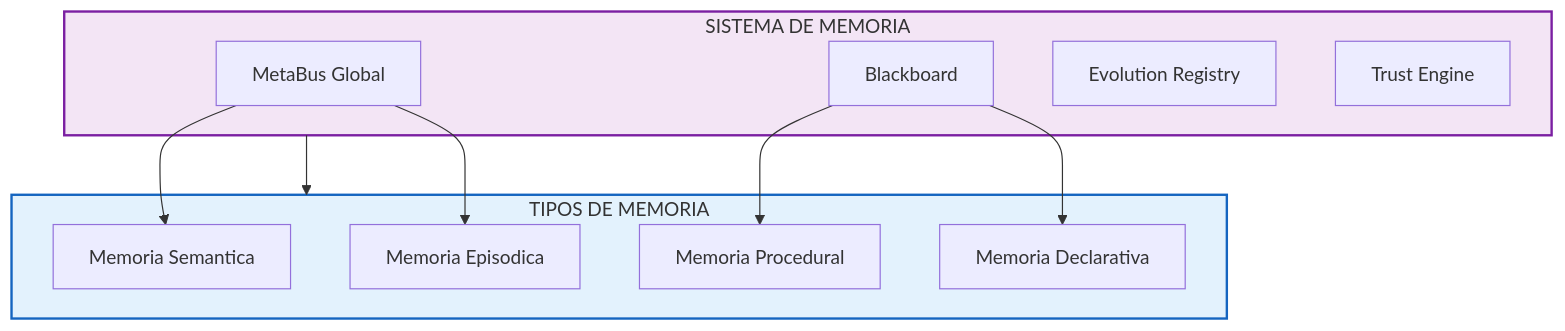
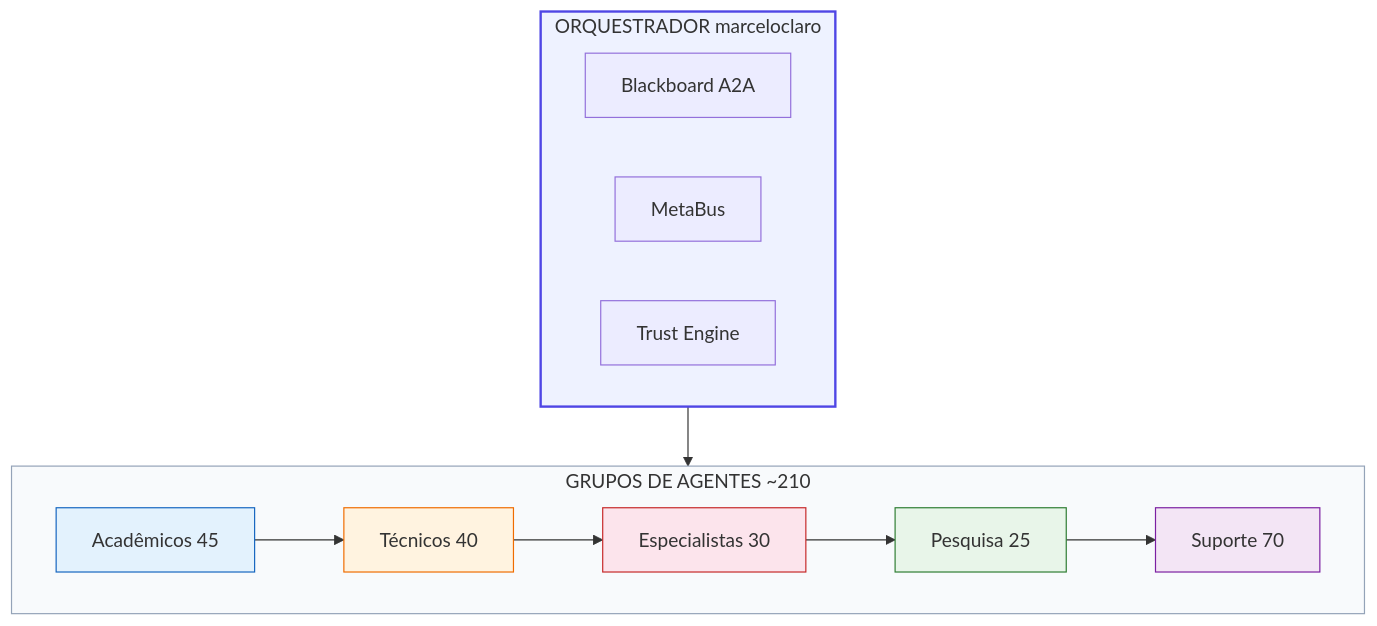
Before and after one commit to MarceloClaro/opencode-ecosystem-core: the first of 3 diagrams in README.md, drawn with Mermaid. The commit also changed other lines of this file, not shown here.

Commit message:
docs(readme): redesign profissional — vitrine com badges, TOC, camadas do ecossistema (agentes/MCP/skills/hooks/plugins), ciclo SDD/TDD+Reflexion, observabilidade /efficiency, segurança, instalação, documentação e licença (212→~450 linhas)

````diff
--- a/README.md
+++ b/README.md
@@ -754,25 +108,27 @@
 ```mermaid
 flowchart TB
-    subgraph MEM[SISTEMA DE MEMORIA]
-        MB2[MetaBus Global]
-        BB3[Blackboard]
-        EVO3[Evolution Registry]
-        TRUST2[Trust Engine]
+    subgraph ORCH[ORQUESTRADOR marceloclaro]
+        OR1[Blackboard A2A]
+        OR2[MetaBus]
+        OR3[Trust Engine]
     end
 
-    subgraph TIP[TIPOS DE MEMORIA]
-        SEM[Memoria Semantica]
-        EPI[Memoria Episodica]
-        PROC[Memoria Procedural]
-        DECL[Memoria Declarativa]
+    subgraph GROUPS[GRUPOS DE AGENTES ~210]
+        AC[Acadêmicos 45]
+        TE[Técnicos 40]
+        ES[Especialistas 30]
+        RS[Pesquisa 25]
+        SU[Suporte 70]
     end
 
-    MEM --> TIP
-    MB2 --> SEM
-    MB2 --> EPI
-    BB3 --> PROC
-    BB3 --> DECL
+    ORCH --> GROUPS
+    AC --> TE --> ES --> RS --> SU
 
-    style MEM fill:#f3e5f5,stroke:#7b1fa2,stroke-width:2px
-    style TIP fill:#e3f2fd,stroke:#1565c0,stroke-width:2px
+    style ORCH fill:#eef2ff,stroke:#4f46e5,stroke-width:2px
+    style GROUPS fill:#f8fafc,stroke:#94a3b8,stroke-width:1px
+    style AC fill:#e3f2fd,stroke:#1565c0
+    style TE fill:#fff3e0,stroke:#ef6c00
+    style ES fill:#fce4ec,stroke:#c62828
+    style RS fill:#e8f5e9,stroke:#2e7d32
+    style SU fill:#f3e5f5,stroke:#7b1fa2
 ```
````
